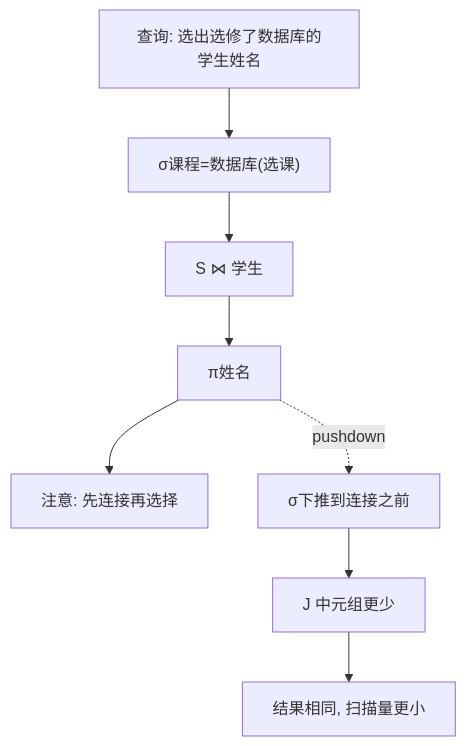
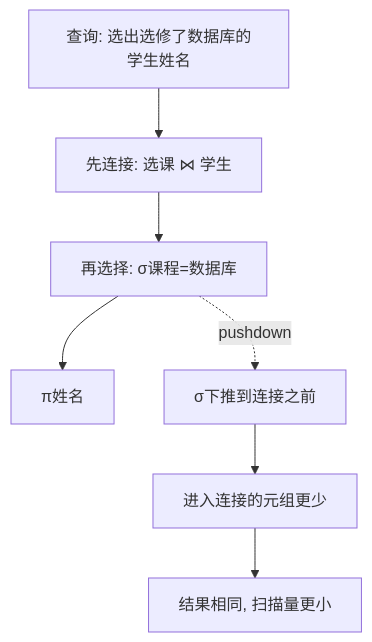
One commit to xhongduo-tech/xhongduo-tech.github.io changed the second of 2 diagrams in docs/cs/relational-algebra.md. Above: the diagram before and after it, drawn with Mermaid. The commit also changed 4 other files, not shown here.

````diff
--- a/docs/cs/relational-algebra.md
+++ b/docs/cs/relational-algebra.md
@@ -53,10 +53,9 @@
 ```mermaid
 flowchart TD
-  Q["查询: 选出选修了数据库的学生姓名"] --> S["σ课程=数据库(选课)"]
-  S --> J["S ⋈ 学生"]
-  J --> P["π姓名"]
-  P --> A["注意: 先连接再选择"]
-  P -.pushdown.-> S2["σ下推到连接之前"]
-  S2 --> J2["J 中元组更少"]
+  Q["查询: 选出选修了数据库的学生姓名"] --> J0["先连接: 选课 ⋈ 学生"]
+  J0 --> S0["再选择: σ课程=数据库"]
+  S0 --> P["π姓名"]
+  S0 -.pushdown.-> S2["σ下推到连接之前"]
+  S2 --> J2["进入连接的元组更少"]
   J2 --> SAME["结果相同, 扫描量更小"]
 ```
````
